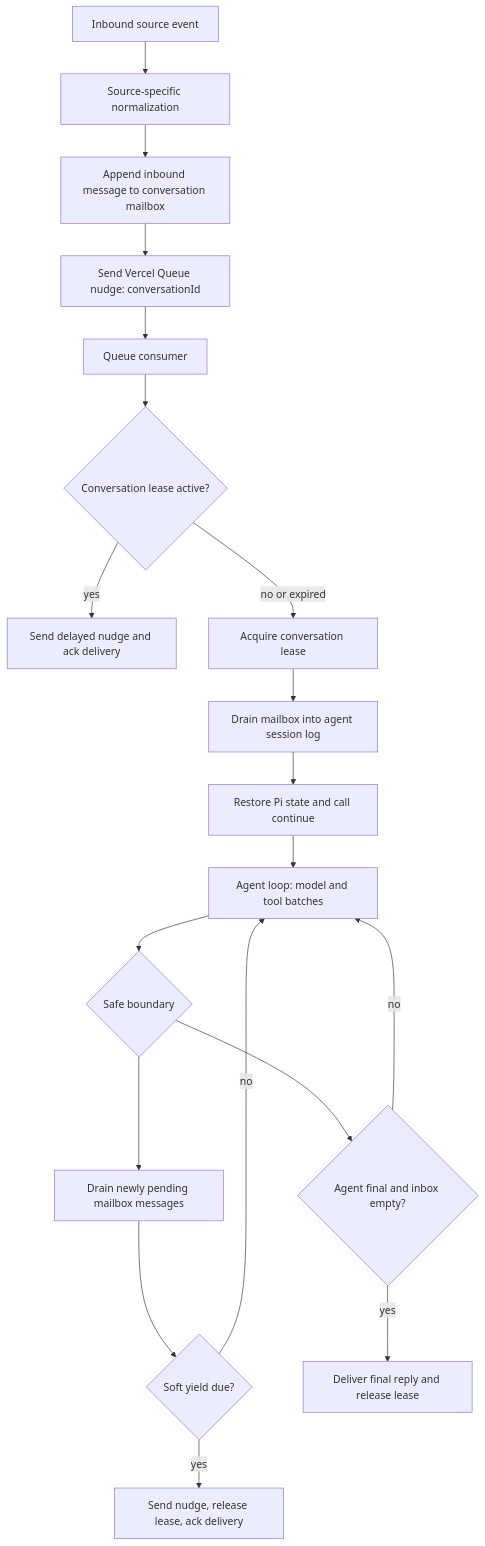
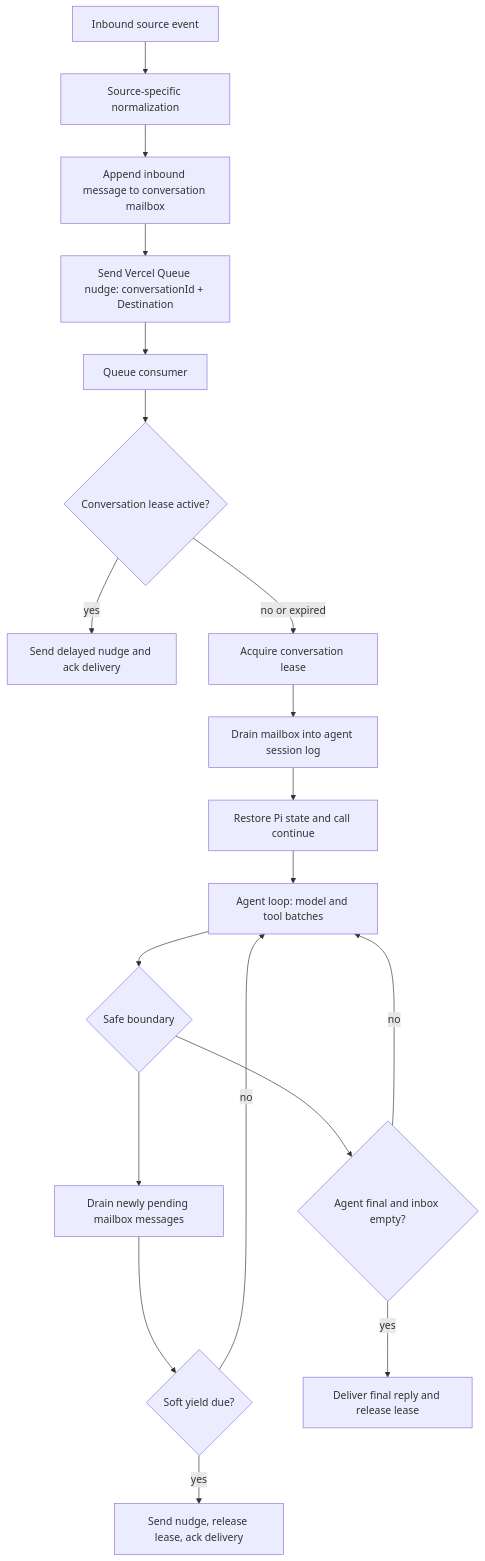
The diagram in specs/task-execution.md (getsentry/junior), drawn with Mermaid before and after one commit. The commit also changed other lines of this file and 56 other files, not shown here.

````diff
--- a/specs/task-execution.md
+++ b/specs/task-execution.md
@@ -48,21 +48,21 @@
 ```mermaid
 flowchart TD
   A[Inbound source event] --> B[Source-specific normalization]
   B --> C[Append inbound message to conversation mailbox]
-  C --> D[Send Vercel Queue nudge: conversationId]
+  C --> D[Send Vercel Queue nudge: conversationId + Destination]
   D --> E[Queue consumer]
   E --> F{Conversation lease active?}
   F -->|yes| G[Send delayed nudge and ack delivery]
   F -->|no or expired| H[Acquire conversation lease]
   H --> I[Drain mailbox into agent session log]
   I --> J[Restore Pi state and call continue]
   J --> K[Agent loop: model and tool batches]
   K --> L{Safe boundary}
   L --> M[Drain newly pending mailbox messages]
   M --> N{Soft yield due?}
   N -->|yes| O[Send nudge, release lease, ack delivery]
   N -->|no| K
   L --> P{Agent final and inbox empty?}
   P -->|yes| Q[Deliver final reply and release lease]
   P -->|no| K
 ```
````
